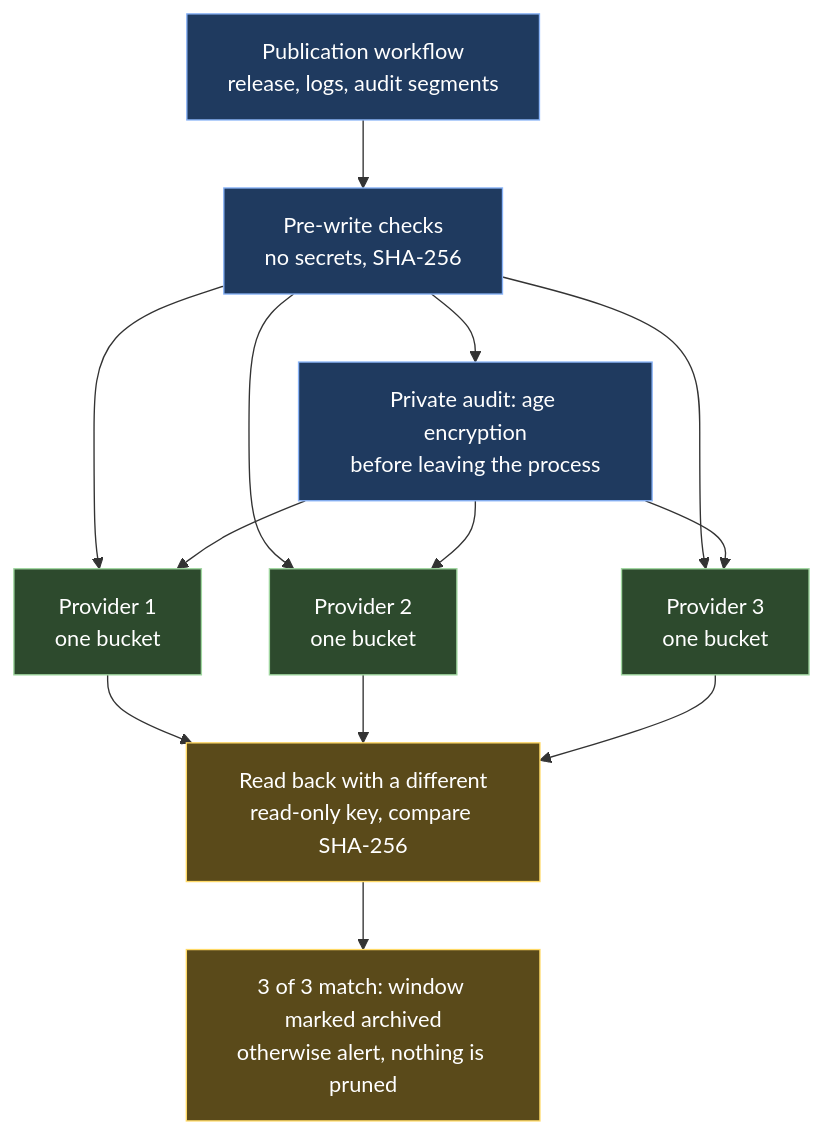
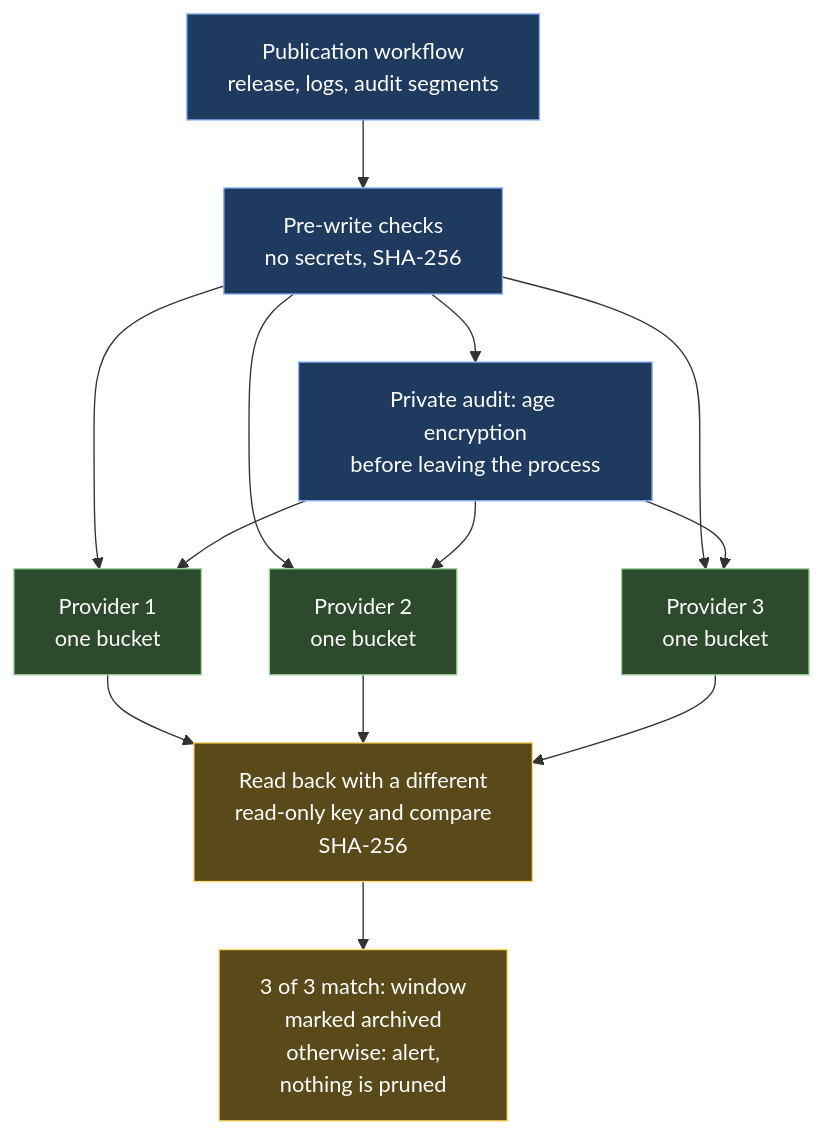
One commit to MacGuard/macguard-yara-channel changed the diagram in docs/wiki/diagrams/archive-triple-storage.mmd. Above: the diagram before and after it, drawn with Mermaid. The commit also changed 120 other files, not shown here.

```diff
--- a/docs/wiki/diagrams/archive-triple-storage.mmd
+++ b/docs/wiki/diagrams/archive-triple-storage.mmd
@@ -1,27 +1,27 @@
 flowchart TB
   SRC["Publication workflow<br/>release, logs, audit segments"]
   PRE["Pre-write checks<br/>no secrets, SHA-256"]
   ENC["Private audit: age encryption<br/>before leaving the process"]
   R2["Provider 1<br/>one bucket"]
   B2["Provider 2<br/>one bucket"]
   SCW["Provider 3<br/>one bucket"]
-  RB["Read back with a different<br/>read-only key, compare SHA-256"]
-  OK["3 of 3 match: window marked archived<br/>otherwise alert, nothing is pruned"]
+  RB["Read back with a different<br/>read-only key and compare<br/>SHA-256"]
+  OK["3 of 3 match: window<br/>marked archived<br/>otherwise: alert,<br/>nothing is pruned"]
   SRC --> PRE
   PRE --> ENC
   PRE --> R2
   PRE --> B2
   PRE --> SCW
   ENC --> R2
   ENC --> B2
   ENC --> SCW
   R2 --> RB
   B2 --> RB
   SCW --> RB
   RB --> OK
   classDef box fill:#1f3a5f,stroke:#8ab4f8,color:#ffffff
   classDef store fill:#2d4a2d,stroke:#9fd69f,color:#ffffff
   classDef gate fill:#5a4a1a,stroke:#ffd966,color:#ffffff
   class SRC,PRE,ENC box
   class R2,B2,SCW store
   class RB,OK gate
```
